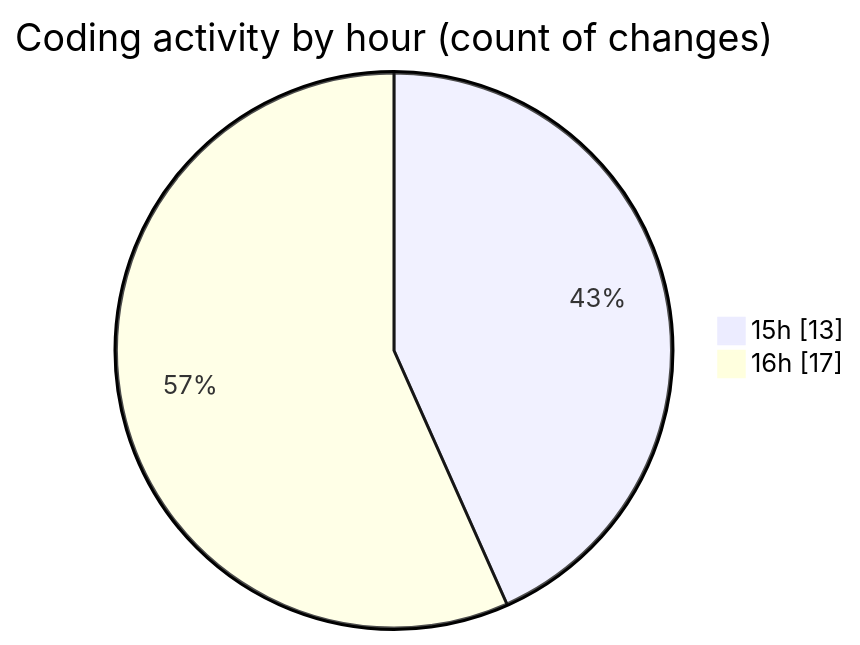
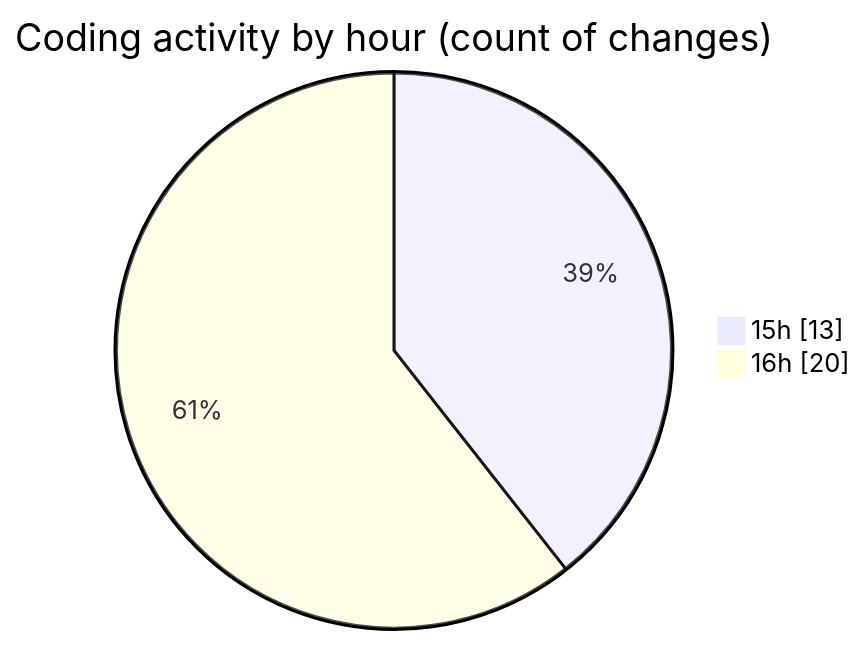
Before and after one commit to momahboobian/code-tracking: the second of 2 diagrams in 2026-03-26/cda/README.md, drawn with Mermaid. The commit also changed other lines of this file and 1 other file, not shown here.

````diff
--- a/2026-03-26/cda/README.md
+++ b/2026-03-26/cda/README.md
@@ -31,6 +31,6 @@
 ```mermaid
 pie showData
 title Coding activity by hour (count of changes)
 "15h" : 13
-"16h" : 17
+"16h" : 20
 ```
````
